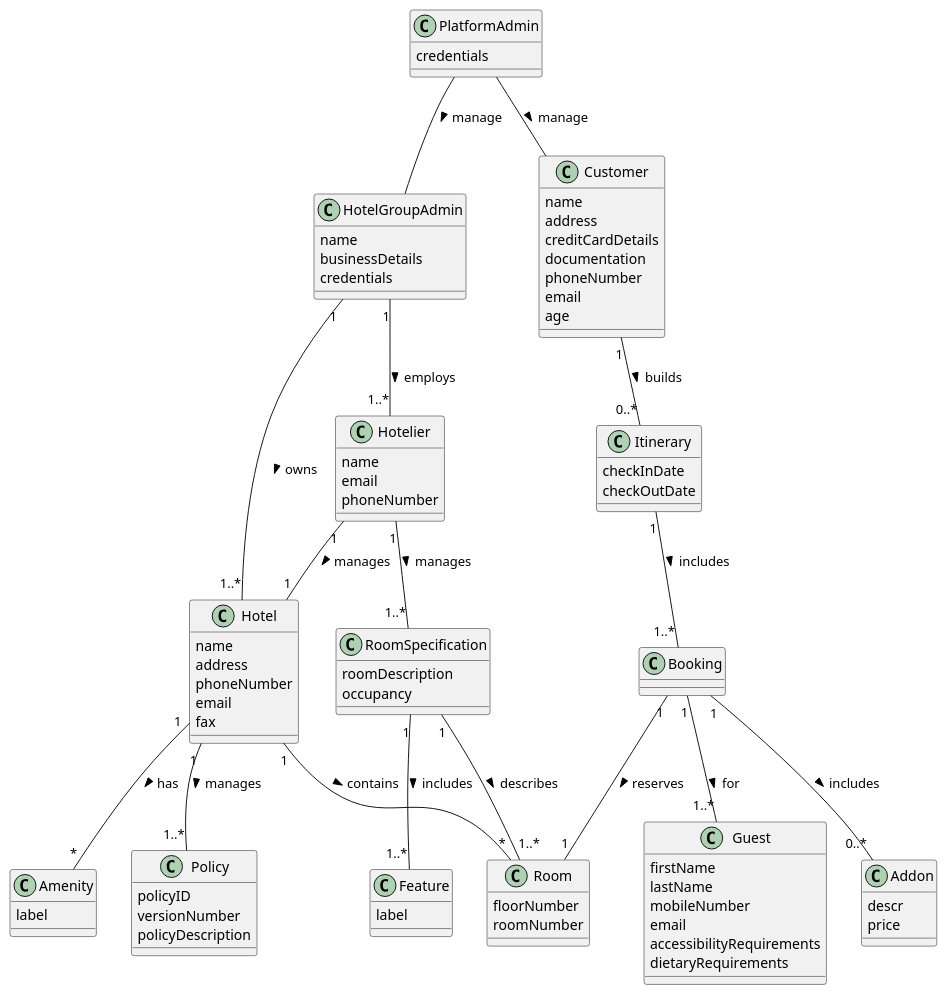
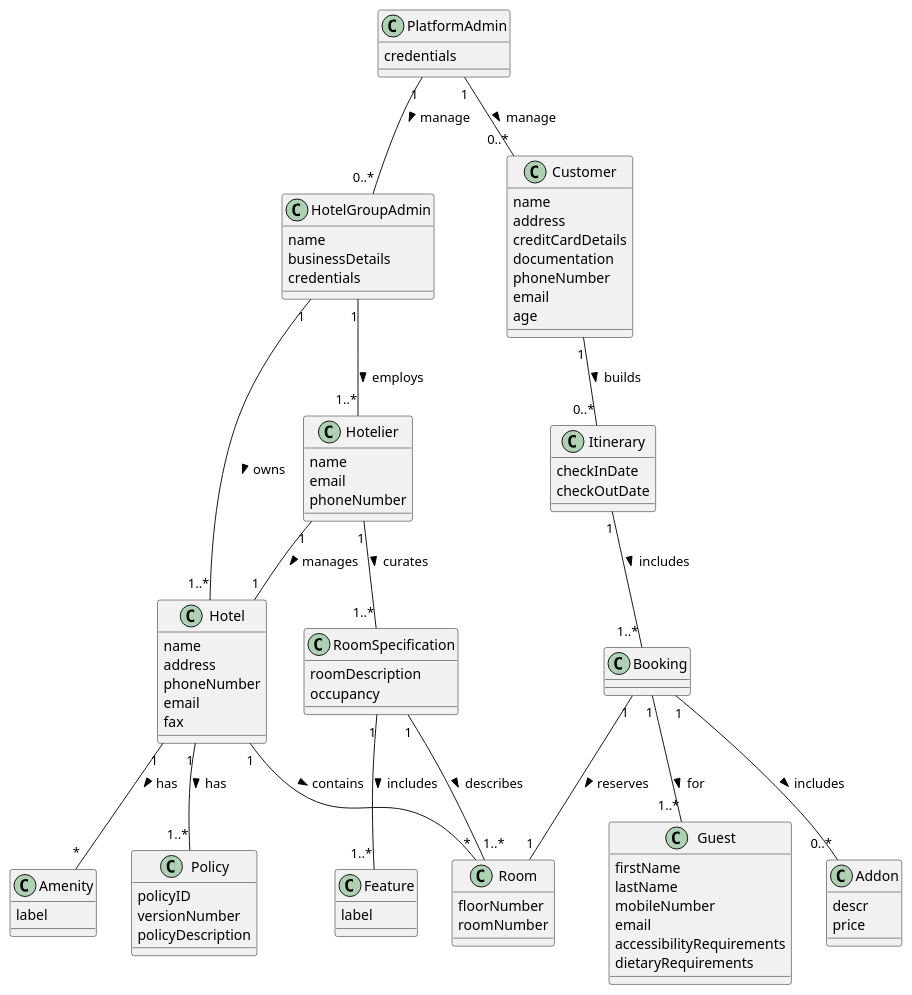
One commit to navdeepbeniwal16/Hotel-Booking-Management-System changed the diagram in documentation/part1/domain_model.plantuml. Above: the diagram before and after it, drawn with PlantUML. The commit also changed 2 other files, not shown here.

Commit message:
add missing multiplicities from PlatformAdmin to domain model

```diff
--- a/documentation/part1/domain_model.plantuml
+++ b/documentation/part1/domain_model.plantuml
@@ -1,105 +1,102 @@
 @startuml
-    class "PlatformAdmin" as PlatformAdmin {
-'        implement as singleton?
-    }
-    PlatformAdmin -- HotelGroupAdmin: manage >
-    PlatformAdmin -- Customer: manage >
+    PlatformAdmin "1" -- "0..*" HotelGroupAdmin: manage >
+    PlatformAdmin "1" -- "0..*" Customer: manage >
 
     HotelGroupAdmin "1" -- "1..*" Hotel: owns >
     HotelGroupAdmin "1" -- "1..*" Hotelier: employs >
     Hotelier "1" -- "1" Hotel: manages >
 
     Hotel "1" -- "*" Room: contains >
     RoomSpecification "1" -- "1..*" Room: describes >
     RoomSpecification "1" -- "1..*" Feature: includes >
 
     Hotel "1" -- "*" Amenity: has >
-    Hotel "1" -- "1..*" Policy: manages >
-    Hotelier "1" -- "1..*" RoomSpecification: manages >
+    Hotel "1" -- "1..*" Policy: has >
+    Hotelier "1" -- "1..*" RoomSpecification: curates >
 
     Customer "1" -- "0..*" Itinerary: builds >
     Itinerary "1" -- "1..*" Booking: includes >
     Booking "1" -- "1" Room: reserves >
     Booking "1" -- "1..*" Guest: for >
     Booking "1" -- "0..*" Addon: includes >
 
     class "PlatformAdmin" as PlatformAdmin {
         credentials
     }
 
     class "HotelGroupAdmin" as HotelGroupAdmin {
         name
         businessDetails
         credentials
     }
 
     class "Customer" as Customer {
         name
         address
         creditCardDetails
         documentation
         phoneNumber
         email
         age
     }
 
     class "Guest" as Guest {
         firstName
         lastName
         mobileNumber
         email
         accessibilityRequirements
         dietaryRequirements
     }
 
     class "Hotelier" as Hotelier {
         name
         email
         phoneNumber
     }
 
     class "Room" as Room {
         floorNumber
         roomNumber
     }
 
     class "RoomSpecification" as RoomSpecification {
         roomDescription
         occupancy
     }
 
     class "Itinerary" as Itinerary {
         checkInDate
         checkOutDate
     }
 
     class "Booking" as Booking {
     }
 
     class "Addon" as Addon {
         descr
         price
     }
 
     class "Amenity" as Amenity {
         label
     }
 
     class "Policy" as Policy {
         policyID
         versionNumber
         policyDescription
     }
 
     class "Feature" as Feature {
         label
     }
 
     class "Hotel" as Hotel {
         name
         address
         phoneNumber
         email
         fax
     }
 @enduml
```
